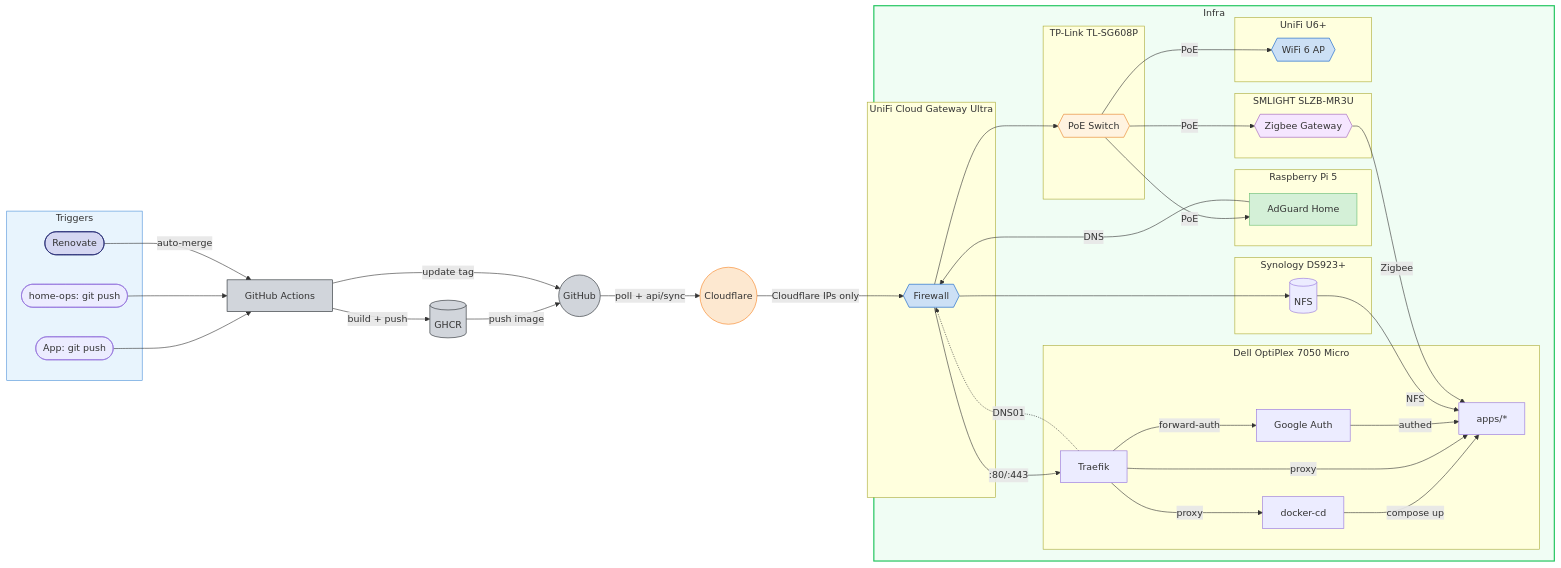
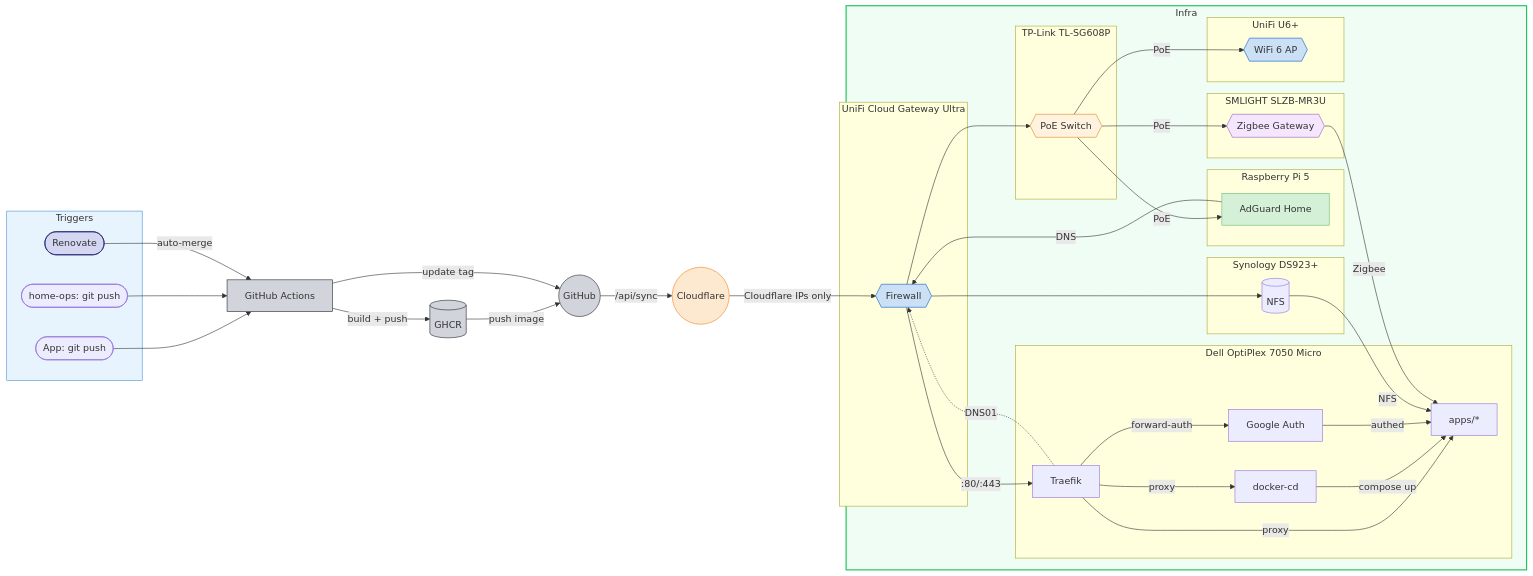
Before and after one commit to wajeht/home-ops: the diagram in README.md, drawn with Mermaid.

Commit message:
docs: update architecture diagram to match current state

````diff
--- a/README.md
+++ b/README.md
@@ -16,71 +16,71 @@
 ```mermaid
 flowchart LR
     subgraph triggers[Triggers]
         app_push([App: git push])
         ops_push([home-ops: git push])
         renovate([Renovate])
     end
 
     app_push --> ci[GitHub Actions] -->|build + push| ghcr[(GHCR)]
     ghcr -->|push image| github((GitHub))
     ci -->|update tag| github
     ops_push --> ci
     renovate -->|auto-merge| ci
-    github -->|poll + api/sync | cf((Cloudflare)) -->|Cloudflare IPs only| unifi -->|:80/:443| traefik -->|proxy| docker_cd
+    github -->|/api/sync| cf((Cloudflare)) -->|Cloudflare IPs only| unifi -->|:80/:443| traefik -->|proxy| apps
 
     subgraph infra[Infra]
         subgraph dell[Dell OptiPlex 7050 Micro]
             docker_cd[docker-cd] -->|compose up| apps[apps/*]
-            traefik[Traefik] -->|proxy| apps
+            traefik[Traefik] -->|proxy| docker_cd
             traefik -->|forward-auth| google_auth[Google Auth] -->|authed| apps
         end
 
         subgraph nas[Synology DS923+]
             nfs[(NFS)]
         end
 
         subgraph ucg[UniFi Cloud Gateway Ultra]
             unifi{{Firewall}}
         end
 
         subgraph pi[Raspberry Pi 5]
             adguard[AdGuard Home]
         end
 
         subgraph slzb[SMLIGHT SLZB-MR3U]
             zigbee{{Zigbee Gateway}}
         end
 
         subgraph tplink[TP-Link TL-SG608P]
             poe{{PoE Switch}}
         end
 
         subgraph u6[UniFi U6+]
             ap{{WiFi 6 AP}}
         end
 
         nfs -->|NFS| apps
         adguard -->|DNS| unifi
         unifi --> nfs
         unifi --> poe
         poe -->|PoE| zigbee
         poe -->|PoE| adguard
         poe -->|PoE| ap
         zigbee -->|Zigbee| apps
     end
 
     traefik -.->|DNS01| unifi
 
     style triggers fill:#e8f4fd,stroke:#4a90d9
     style infra fill:#f0fdf4,stroke:#22c55e,stroke-width:2px
     style cf fill:#fde8d0,stroke:#f6821f,color:#333
     style github fill:#d1d5db,stroke:#24292e,color:#333
     style ghcr fill:#d1d5db,stroke:#24292e,color:#333
     style ci fill:#d1d5db,stroke:#24292e,color:#333
     style renovate fill:#d5d7f2,stroke:#1a1f6c,color:#333
     style adguard fill:#d4f0d7,stroke:#68bc71,color:#333
     style unifi fill:#cce0f5,stroke:#0559c9,color:#333
     style zigbee fill:#f5e6ff,stroke:#9b59b6,color:#333
     style poe fill:#fff3e0,stroke:#e67e22,color:#333
     style ap fill:#cce0f5,stroke:#0559c9,color:#333
 ```
````
